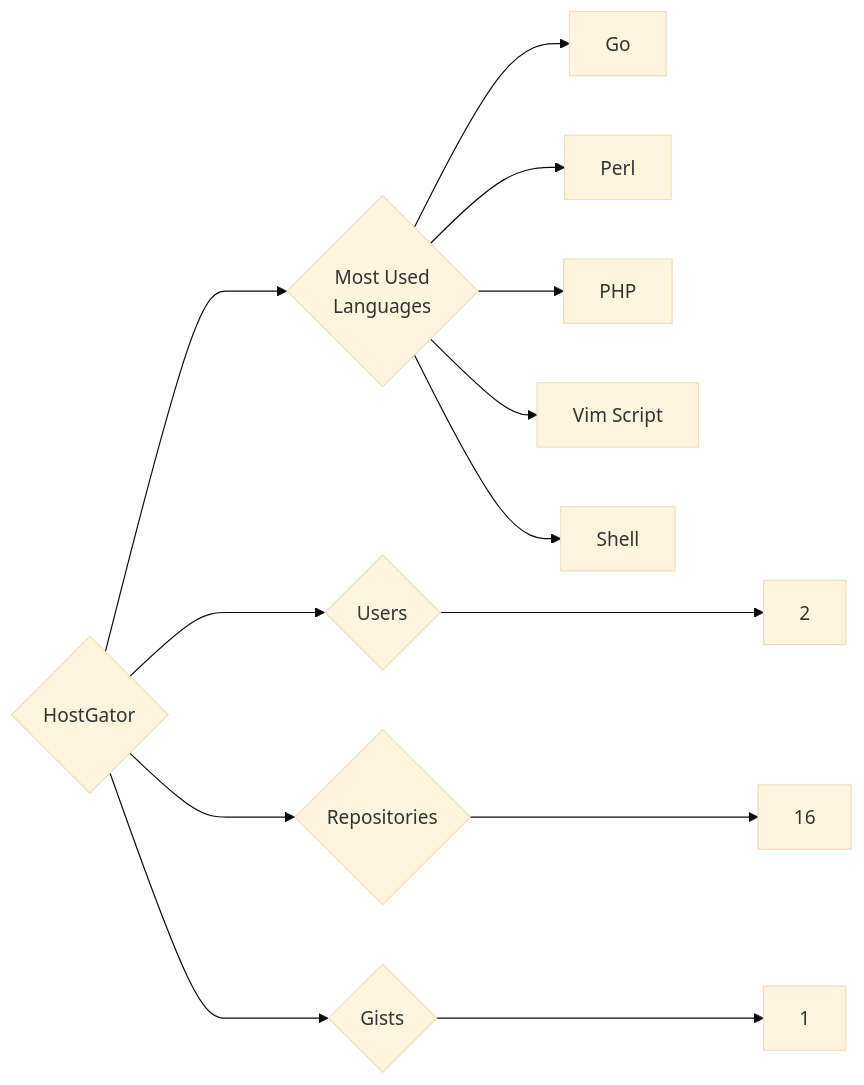
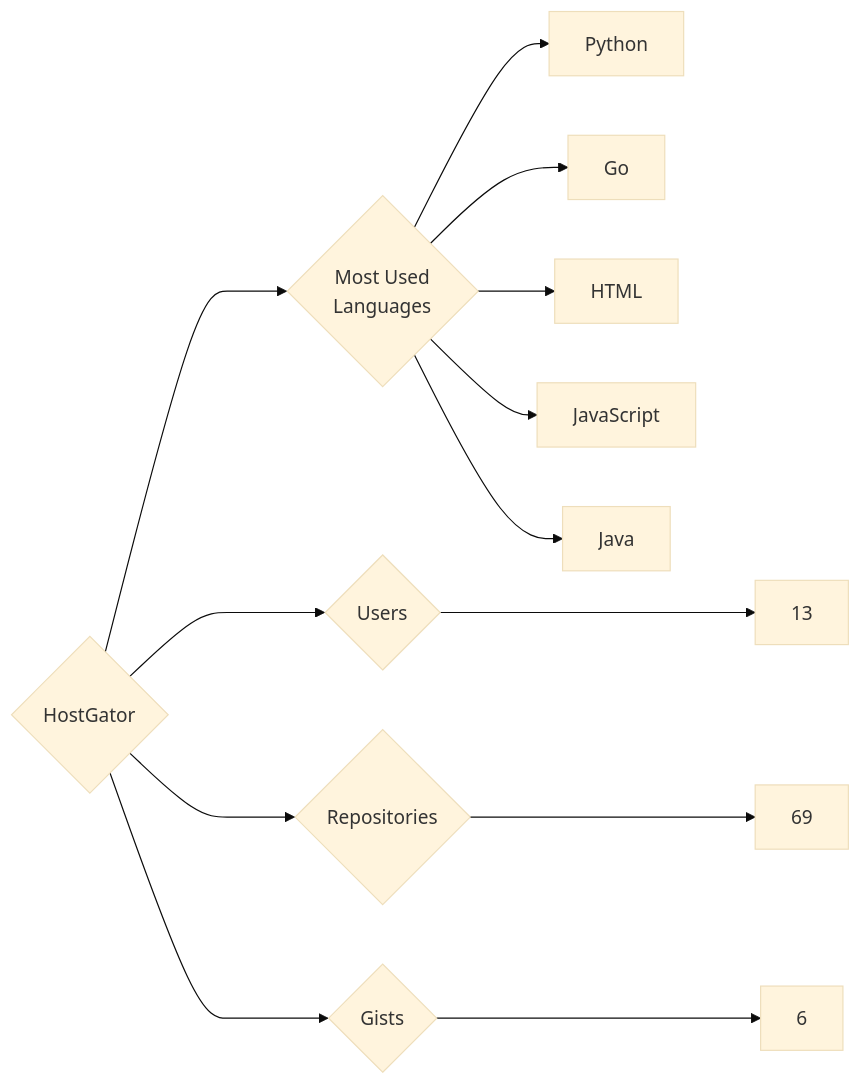
Before and after one commit to trickest/insiders: the diagram in targets/HostGator/README.md, drawn with Mermaid (base theme). The commit also changed 693 other files, not shown here.

````diff
--- a/targets/HostGator/README.md
+++ b/targets/HostGator/README.md
@@ -3,13 +3,13 @@
 ```mermaid
 graph LR
 COMPANY_NAME{HostGator}
-COMPANY_NAME ---> U{Users} ---> UN[2]
-COMPANY_NAME ---> R{Repositories} ---> RN[16]
-COMPANY_NAME ---> G{Gists} ---> GN[1]
+COMPANY_NAME ---> U{Users} ---> UN[13]
+COMPANY_NAME ---> R{Repositories} ---> RN[69]
+COMPANY_NAME ---> G{Gists} ---> GN[6]
 COMPANY_NAME ---> ML{Most Used<br>Languages}
+ML --> Python[Python]
 ML --> Go[Go]
-ML --> Perl[Perl]
-ML --> PHP[PHP]
-ML --> Vim_Script[Vim Script]
-ML --> Shell[Shell]
+ML --> HTML[HTML]
+ML --> JavaScript[JavaScript]
+ML --> Java[Java]
 ```
````
